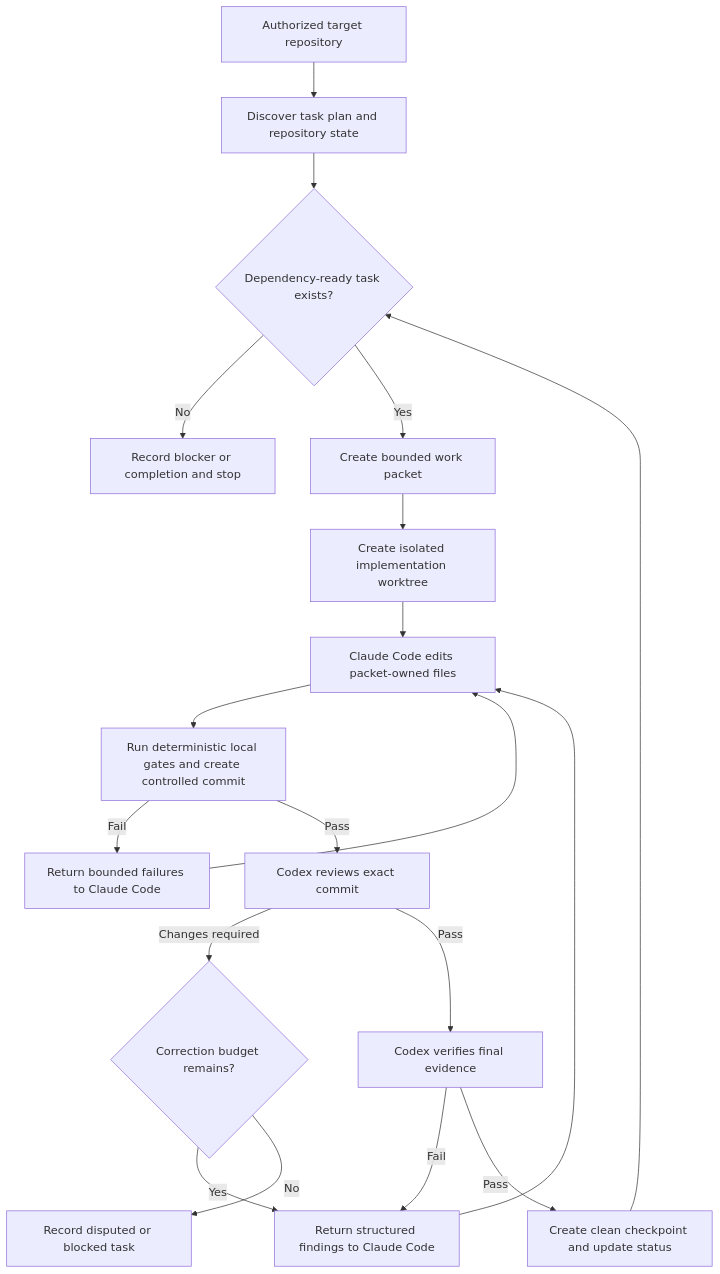
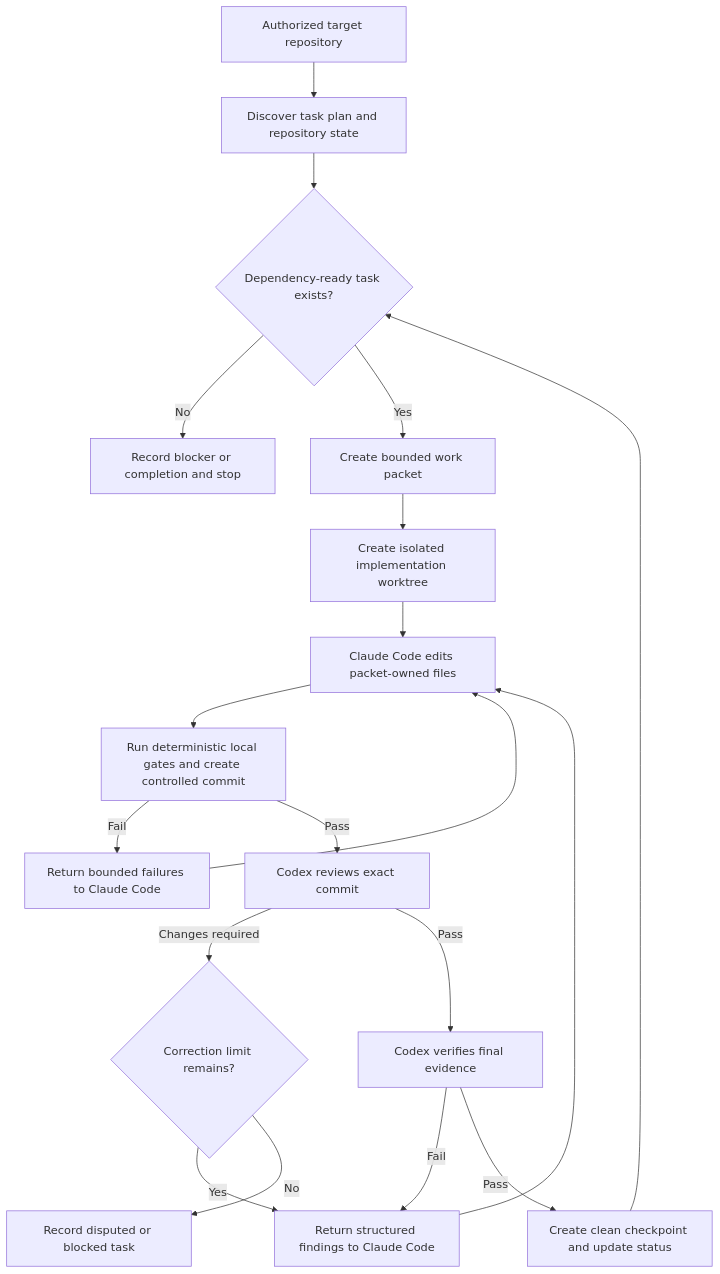
The second of 2 diagrams in README.md (AaronNHorvitz/CodingMage), drawn with Mermaid before and after one commit. The commit also changed other lines of this file and 21 other files, not shown here.

````diff
--- a/README.md
+++ b/README.md
@@ -112,21 +112,21 @@
 ```mermaid
 flowchart TD
     A[Authorized target repository] --> B[Discover task plan and repository state]
     B --> C{Dependency-ready task exists?}
     C -- No --> Z[Record blocker or completion and stop]
     C -- Yes --> D[Create bounded work packet]
     D --> E[Create isolated implementation worktree]
     E --> F[Claude Code edits packet-owned files]
     F --> G[Run deterministic local gates and create controlled commit]
     G -- Fail --> H[Return bounded failures to Claude Code]
     H --> F
     G -- Pass --> I[Codex reviews exact commit]
-    I -- Changes required --> J{Correction budget remains?}
+    I -- Changes required --> J{Correction limit remains?}
     J -- Yes --> K[Return structured findings to Claude Code]
     K --> F
     J -- No --> L[Record disputed or blocked task]
     I -- Pass --> M[Codex verifies final evidence]
     M -- Fail --> K
     M -- Pass --> N[Create clean checkpoint and update status]
     N --> C
 ```
````
